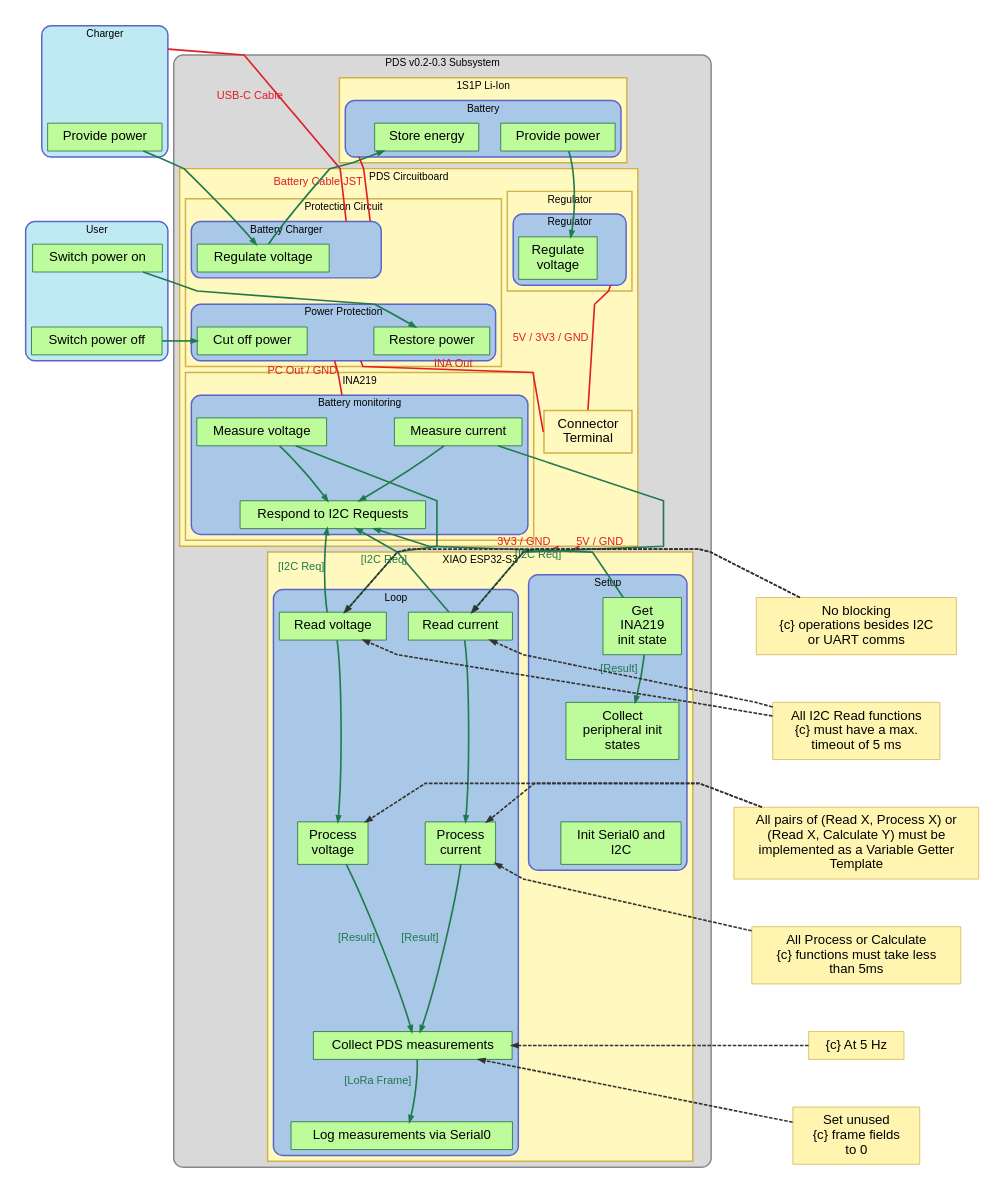
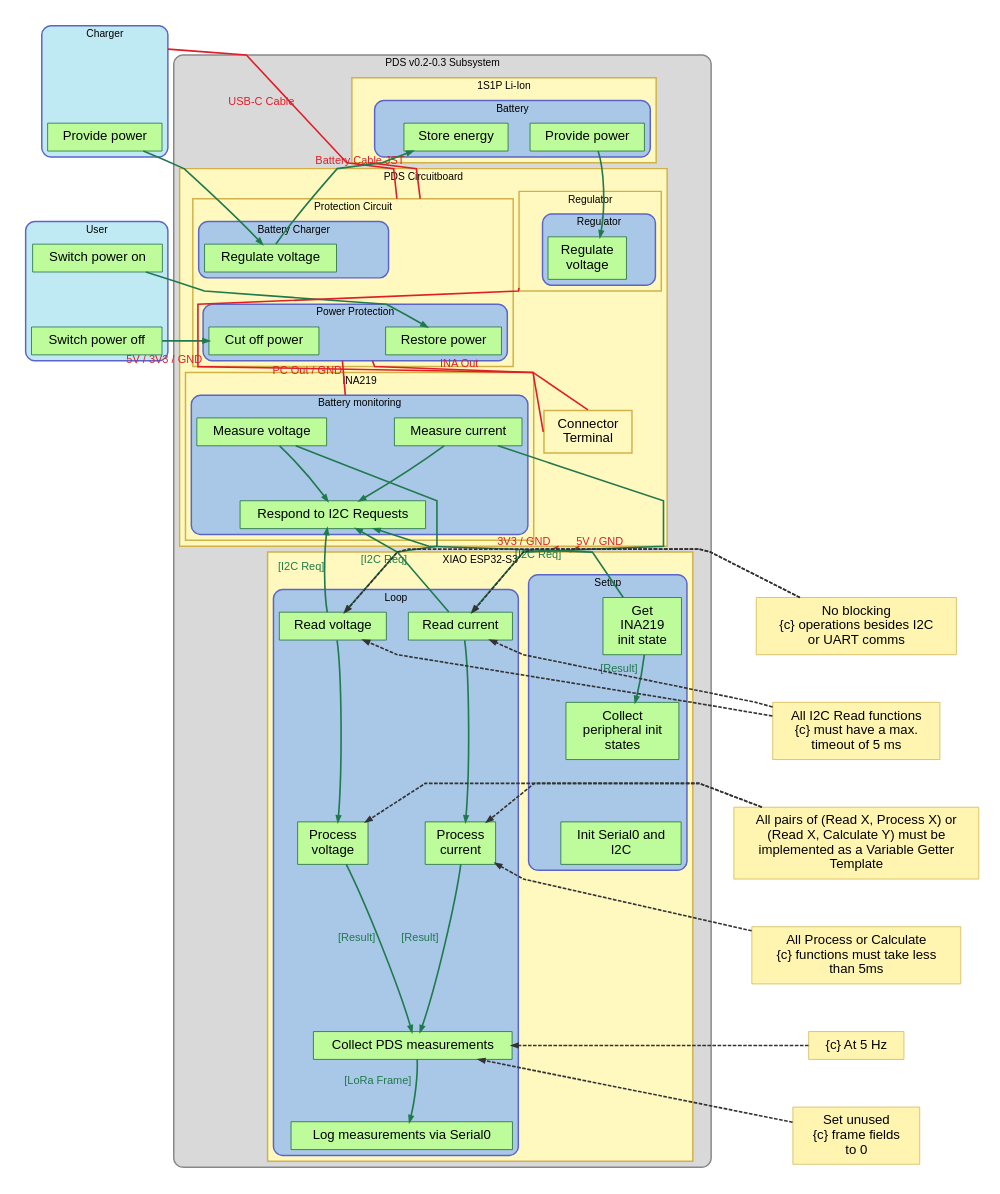
Before and after one commit to DeltaLabo/CanSatWorkshop: the diagram in PDS/PDS_v0.2.dot, drawn with Graphviz. The commit also changed 2 other files, not shown here.

```diff
--- a/PDS/PDS_v0.2.dot
+++ b/PDS/PDS_v0.2.dot
@@ -53,6 +53,8 @@
       color="#D1B24A";
       penwidth=2;
 
+      battpack_jst [label="", shape=box, width=0.01, height=0.01, fixedsize=true, style=invis, margin=0];
+
       subgraph cluster_battery {
         label="Battery";
         style="filled,rounded";
@@ -79,6 +81,9 @@
         fillcolor="#FFF8BF";
         color="#D1B24A";
         penwidth=2;
+
+        protection_usb_anchor  [label="", shape=box, width=0.01, height=0.01, fixedsize=true, style=invis, margin=0];
+        protection_batt_anchor [label="", shape=box, width=0.01, height=0.01, fixedsize=true, style=invis, margin=0];
 
         subgraph cluster_batt_charger {
           label="Battery Charger";
@@ -120,6 +125,8 @@
         fillcolor="#FFF8BF";
         color="#D1B24A";
         penwidth=2;
+
+        regulator_phys_out [label="", shape=box, width=0.01, height=0.01, fixedsize=true, style=invis, margin=0];
 
         subgraph cluster_regulator {
           label="Regulator";
@@ -209,10 +216,13 @@
 
   // Vertical composition of main architecture
   batt_store -> batt_provide [style=invis, weight=15];
+  battpack_jst -> battery_jst [style=invis, weight=24];
   battery_jst -> batt_store [style=invis, weight=20];
   charger_usb -> charger_power [style=invis, weight=18];
   battchg_usb_in -> charger_reg [style=invis, weight=18];
   battchg_batt_in -> charger_reg [style=invis, weight=18];
+  protection_usb_anchor -> battchg_usb_in [style=invis, weight=26];
+  protection_batt_anchor -> battchg_batt_in [style=invis, weight=26];
   charger_reg -> restore_power [style=invis, weight=15];
   protection_pc_out -> restore_power [style=invis, weight=20];
   protection_ina_out -> restore_power [style=invis, weight=18];
@@ -224,7 +234,8 @@
   ina_measure_i -> ina_respond [style=invis, weight=18];
   restore_power -> ina_measure_v [style=invis, weight=55];
   regulate_voltage -> ina_measure_i [style=invis, weight=55];
-  regulator_out -> regulate_voltage [style=invis, weight=18];
+  regulate_voltage -> regulator_out [style=invis, weight=18];
+  regulator_phys_out -> regulator_out [style=invis, weight=24];
   regulator_out -> connector_terminal [style=invis, weight=42];
   connector_terminal -> ina_respond [style=invis, weight=55];
   ina_power_in -> ina_measure_v [style=invis, weight=18];
@@ -250,8 +261,8 @@
   note_proc -> note_5hz [style=invis, weight=10];
   note_5hz -> note_zero [style=invis, weight=10];
 
-  { rank=same; battery_jst; batt_store; batt_provide; }
-  { rank=same; battchg_usb_in; battchg_batt_in; charger_reg; regulate_voltage; regulator_out; }
+  { rank=same; battpack_jst; battery_jst; batt_store; batt_provide; }
+  { rank=same; protection_usb_anchor; battchg_usb_in; protection_batt_anchor; battchg_batt_in; charger_reg; regulate_voltage; regulator_out; regulator_phys_out; }
   { rank=same; restore_power; cut_off_power; protection_pc_out; protection_ina_out; }
   { rank=same; ina_power_in; ina_measure_v; ina_measure_i; connector_terminal; ina_signal_in; }
   { rank=same; xiao_i2c_port; xiao_pwr_3v3; xiao_pwr_5v; xiao_get_init; xiao_read_v; xiao_read_i; note_nb; }
@@ -259,9 +270,9 @@
   { rank=same; xiao_collect; note_5hz; }
 
   // Lane guidance
-  charger_usb -> battchg_usb_in [style=invis, weight=50];
+  charger_usb -> protection_usb_anchor [style=invis, weight=50];
   charger_power -> charger_reg [style=invis, weight=80];
-  battery_jst -> battchg_batt_in [style=invis, weight=50];
+  battpack_jst -> protection_batt_anchor [style=invis, weight=50];
   batt_store -> charger_reg [style=invis, weight=65];
   batt_provide -> regulate_voltage [style=invis, weight=90];
   connector_terminal -> xiao_pwr_3v3 [style=invis, weight=115];
@@ -294,24 +305,24 @@
   ina_measure_i -> xiao_read_i [color="#1F7A4D", fontcolor="#1F7A4D", constraint=false, minlen=2];
 
   // Physical/component exchanges (red)
-  charger_usb -> battchg_usb_in [
+  charger_usb -> protection_usb_anchor [
     xlabel="USB-C Cable",
     color="#E11D28",
     fontcolor="#E11D28",
     ltail=cluster_charger,
-    lhead=cluster_batt_charger,
+    lhead=cluster_protection,
     constraint=false,
     minlen=1,
     dir=none,
     tailport=e,
     headport=w
   ];
-  battery_jst -> battchg_batt_in [
+  battpack_jst -> protection_batt_anchor [
     xlabel="Battery Cable JST",
     color="#E11D28",
     fontcolor="#E11D28",
-    ltail=cluster_battery,
-    lhead=cluster_batt_charger,
+    ltail=cluster_battpack,
+    lhead=cluster_protection,
     constraint=false,
     minlen=1,
     dir=none,
@@ -339,11 +350,11 @@
     tailport=e,
     headport=w
   ];
-  regulator_out -> connector_terminal [
+  regulator_phys_out -> connector_terminal [
     xlabel="5V / 3V3 / GND",
     color="#E11D28",
     fontcolor="#E11D28",
-    ltail=cluster_regulator,
+    ltail=cluster_regulator_block,
     constraint=false,
     dir=none,
     tailport=s,
```
